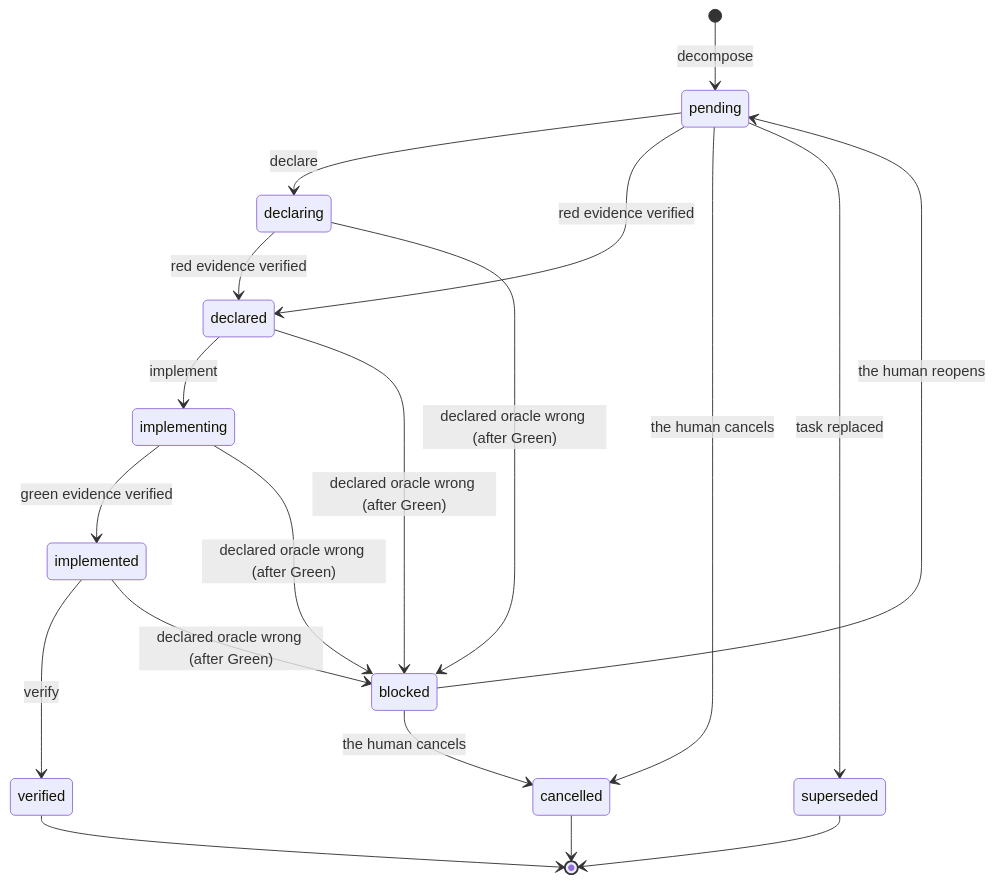
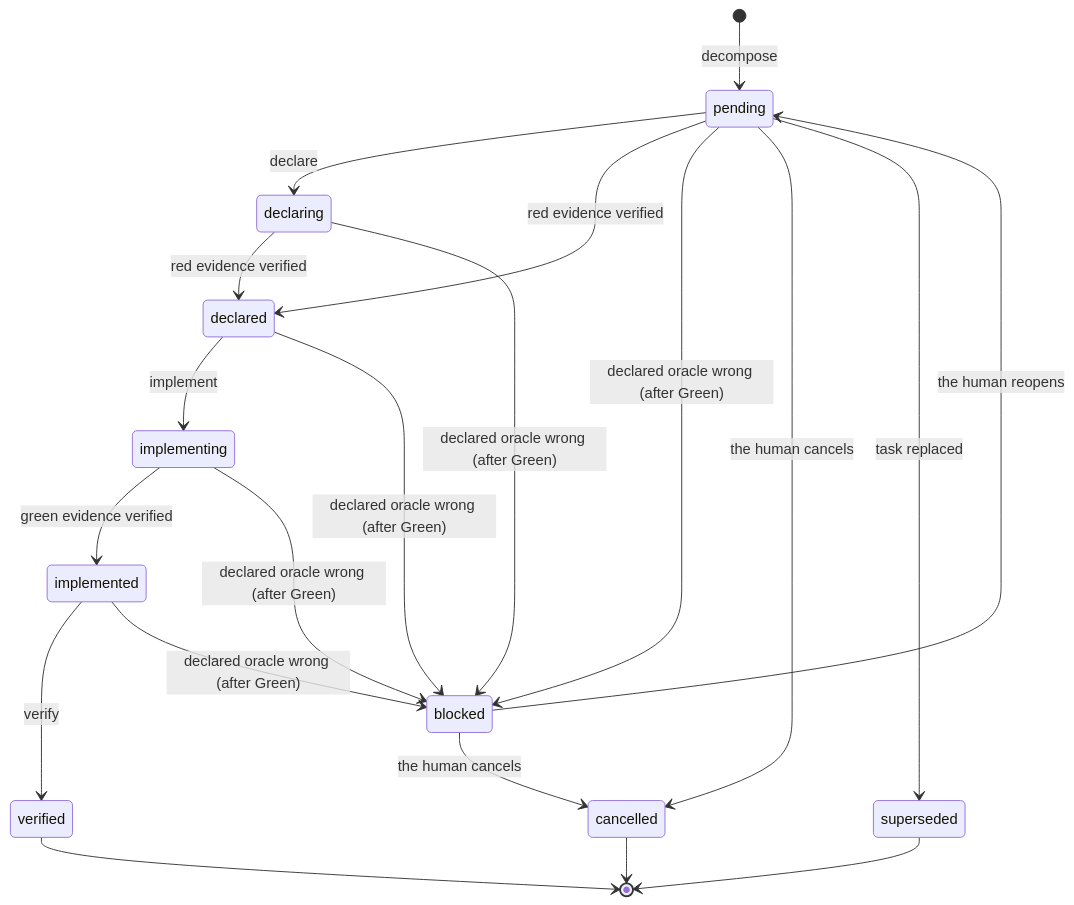
The third of 5 diagrams in docs/state-machine.md (gste/deltafuse), drawn with Mermaid before and after one commit. The commit also changed other lines of this file and 29 other files, not shown here.

````diff
--- a/docs/state-machine.md
+++ b/docs/state-machine.md
@@ -119,23 +119,24 @@
 ```mermaid
 stateDiagram-v2
     [*] --> pending: decompose
     pending --> declaring: declare
     pending --> declared: red evidence verified
     declaring --> declared: red evidence verified
     declared --> implementing: implement
     implementing --> implemented: green evidence verified
     implemented --> verified: verify
     
+    pending --> blocked: declared oracle wrong (after Green)
     declaring --> blocked: declared oracle wrong (after Green)
     declared --> blocked: declared oracle wrong (after Green)
     implementing --> blocked: declared oracle wrong (after Green)
     implemented --> blocked: declared oracle wrong (after Green)
     blocked --> cancelled: the human cancels
     blocked --> pending: the human reopens
     pending --> cancelled: the human cancels
     pending --> superseded: task replaced
     
     verified --> [*]
     cancelled --> [*]
     superseded --> [*]
 ```
````
